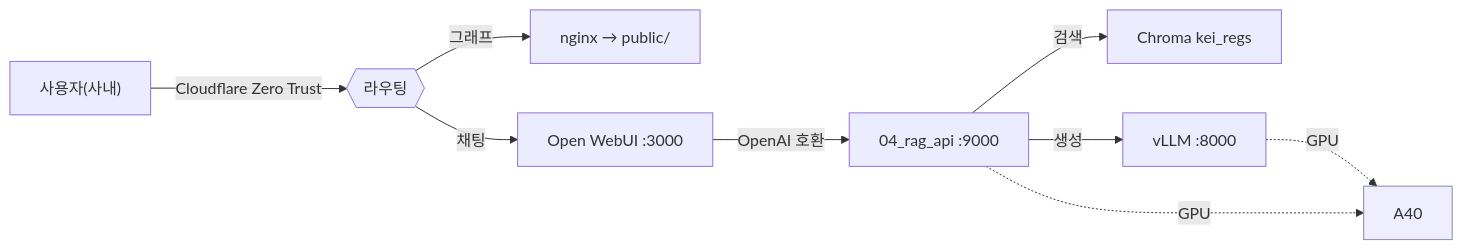
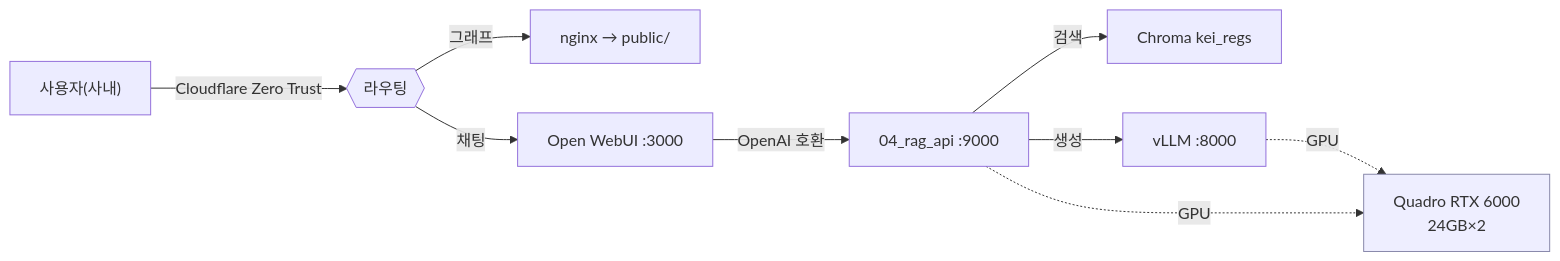
Before and after one commit to mooner92/KEIAdminSuperv: the fourth of 4 diagrams in docs/10-operations.md, drawn with Mermaid. The commit also changed other lines of this file and 13 other files, not shown here.

First line of the commit message:
docs: GPU 표기 정정 A40 → Quadro RTX 6000 (실제 하드웨어)

````diff
--- a/docs/10-operations.md
+++ b/docs/10-operations.md
@@ -283,13 +283,13 @@
 ```mermaid
 flowchart LR
     U["사용자(사내)"] -->|Cloudflare Zero Trust| CF{{"라우팅"}}
     CF -->|그래프| NGINX["nginx → public/"]
     CF -->|채팅| WEBUI["Open WebUI :3000"]
     WEBUI -->|OpenAI 호환| RAG["04_rag_api :9000"]
     RAG -->|검색| CHROMA["Chroma kei_regs"]
     RAG -->|생성| VLLM["vLLM :8000"]
-    VLLM -.->|GPU| A40["A40"]
-    RAG -.->|GPU| A40
+    VLLM -.->|GPU| GPU["Quadro RTX 6000<br/>24GB×2"]
+    RAG -.->|GPU| GPU
     classDef gpu fill:#eef,stroke:#88a;
-    class A40 gpu;
+    class GPU gpu;
 ```
````
